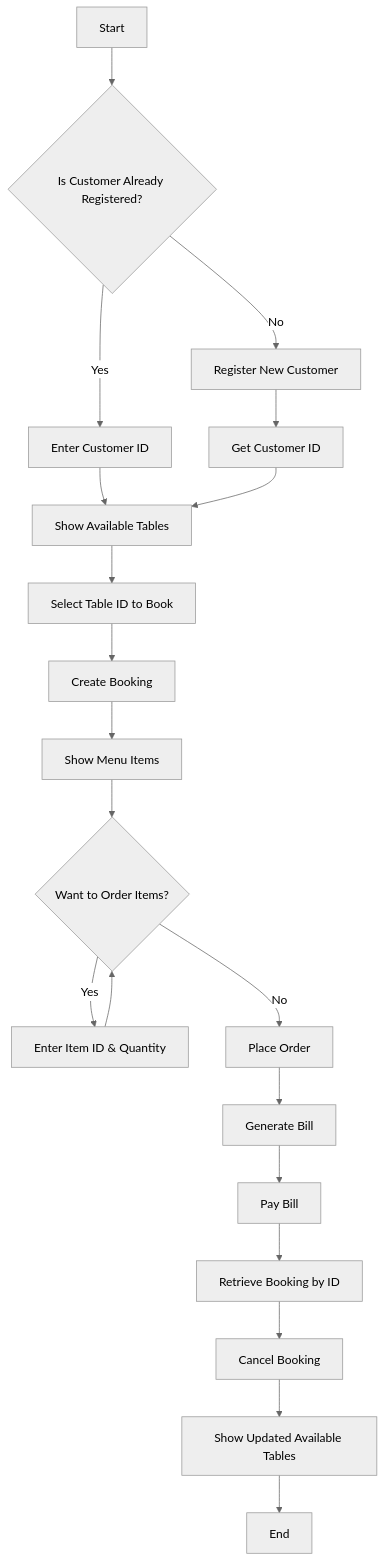
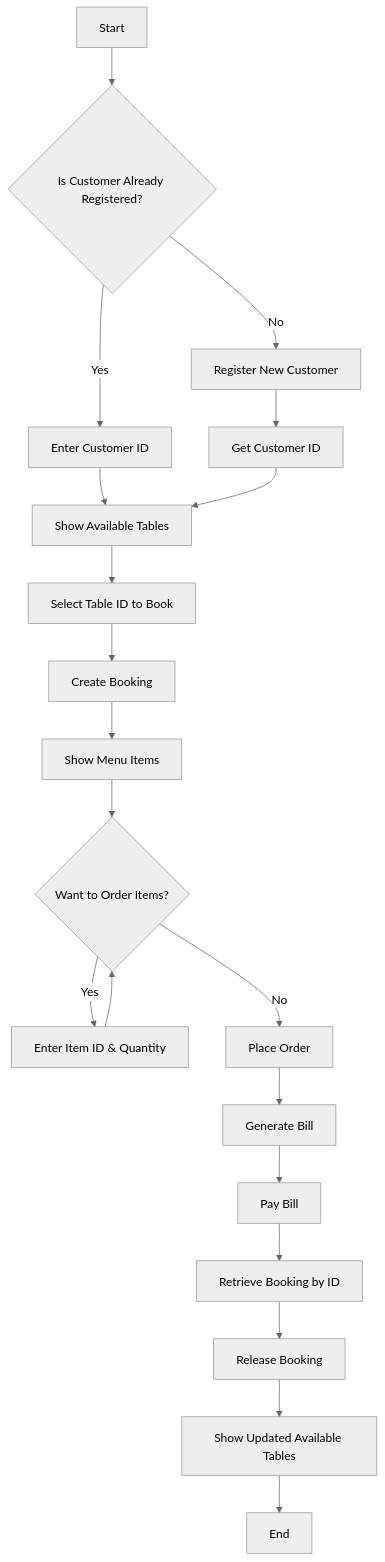
Before and after one commit to Imrancr7/Upgrad_Restaurant_Management: the third of 6 diagrams in README.md, drawn with Mermaid (neutral theme).

````diff
--- a/README.md
+++ b/README.md
@@ -257,26 +257,26 @@
 ```mermaid
 flowchart TD
     A[Start] --> B{Is Customer Already Registered?}
     B -- Yes --> C[Enter Customer ID]
     B -- No --> D[Register New Customer]
     D --> E[Get Customer ID]
 
     C --> F[Show Available Tables]
     E --> F
 
     F --> G[Select Table ID to Book]
     G --> H[Create Booking]
     H --> I[Show Menu Items]
 
     I --> J{Want to Order Items?}
     J -- Yes --> K[Enter Item ID & Quantity]
     K --> J
     J -- No --> L[Place Order]
 
     L --> M[Generate Bill]
     M --> N[Pay Bill]
     N --> O[Retrieve Booking by ID]
-    O --> P[Cancel Booking]
+    O --> P[Release Booking]
     P --> Q[Show Updated Available Tables]
     Q --> R[End]
 ```
````
